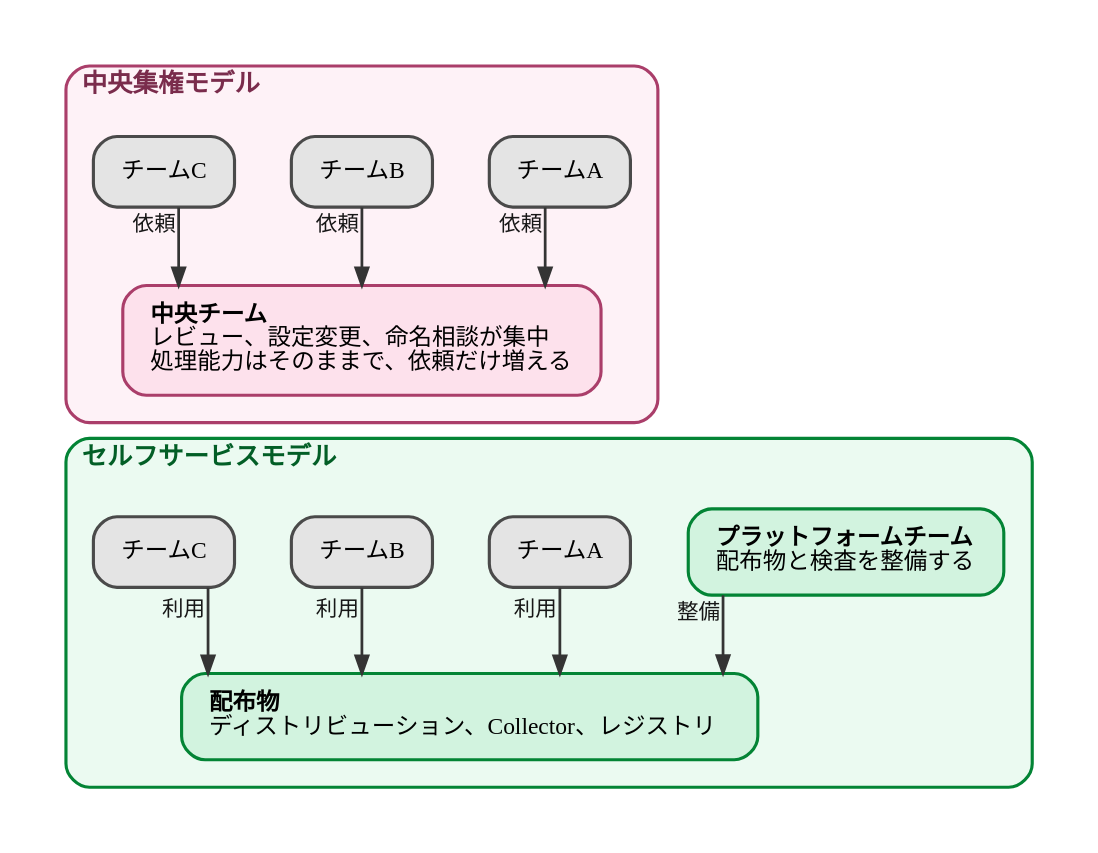
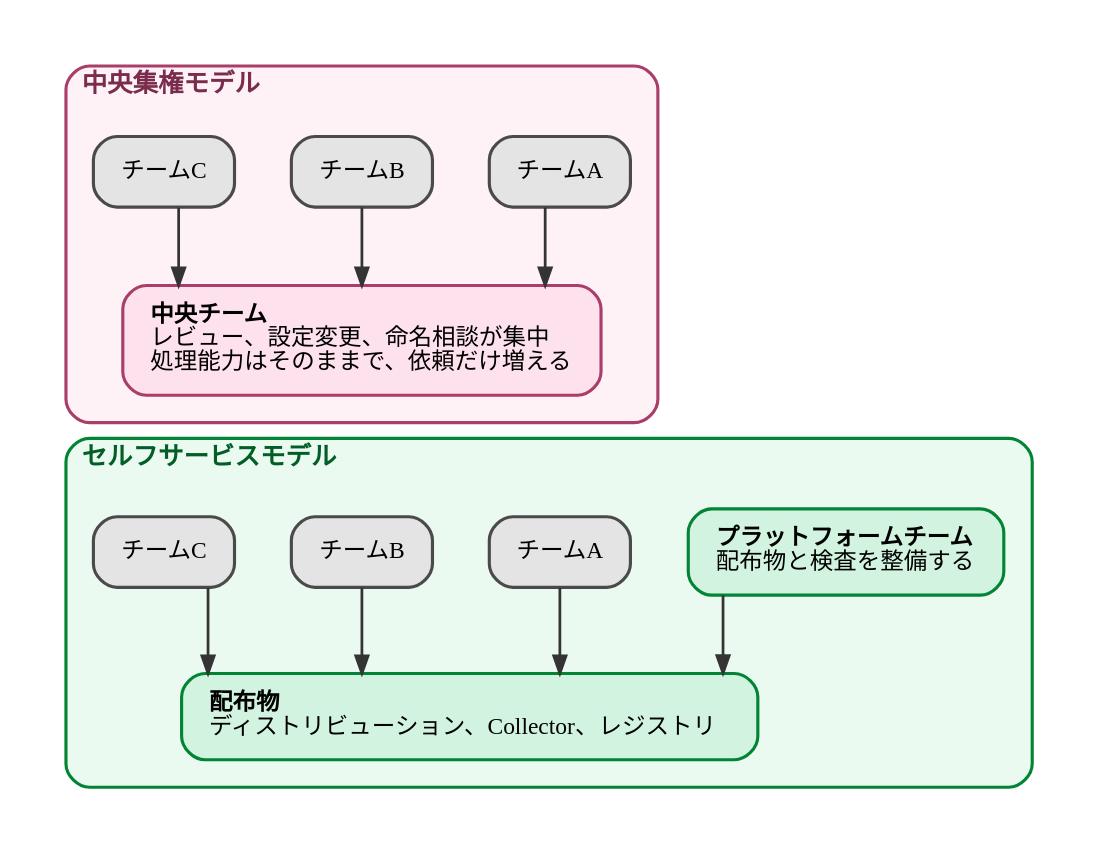
One commit to ymotongpoo/zenn.dev changed the diagram in diagrams/observability-platform-with-otel/20260926-central-vs-selfservice.dot. Above: the diagram before and after it, drawn with Graphviz. The commit also changed 20 other files, not shown here.

```diff
--- a/diagrams/observability-platform-with-otel/20260926-central-vs-selfservice.dot
+++ b/diagrams/observability-platform-with-otel/20260926-central-vs-selfservice.dot
@@ -1,47 +1,50 @@
 // 中央集権モデルとセルフサービスモデルの対比
 digraph central_vs_selfservice {
   graph [
     fontname="IBM Plex Sans JP", fontsize=13,
     rankdir=TB, compound=true, splines=ortho,
     nodesep=0.4, ranksep=0.55, pad=0.25,
     bgcolor="white", newrank=true
   ];
   node [
     fontname="IBM Plex Sans JP", fontsize=12,
     shape=box, style="rounded,filled",
     fillcolor="#E4E4E4", color="#4A4A4A", penwidth=1.6,
     margin="0.2,0.14"
   ];
   edge [
     fontname="IBM Plex Sans JP", fontsize=11,
     color="#343434", penwidth=1.4, arrowsize=0.9,
     fontcolor="#171717"
   ];
 
+  // 辺のラベル（依頼、利用、整備）は置かない。同じ語が3本ずつ並ぶだけで、
+  // 矢じりや隣の箱に被る。矢印の意味はキャプションが述べ、「整備」は
+  // プラットフォームチームのノード内に書いてある。
   subgraph cluster_central {
     label=<<b>中央集権モデル</b>>;
     labeljust="l"; style="rounded"; penwidth=1.6;
     color="#AA3E6A"; bgcolor="#FEF2F7"; fontcolor="#7A2C4C"; margin=14;
     tA [label="チームA"]; tB [label="チームB"]; tC [label="チームC"];
     central [label=<<b>中央チーム</b><br align="left"/>レビュー、設定変更、命名相談が集中<br align="left"/>処理能力はそのままで、依頼だけ増える<br align="left"/>>, fillcolor="#FDE1EC", color="#AA3E6A"];
-    tA -> central [xlabel=" 依頼"];
-    tB -> central [xlabel=" 依頼"];
-    tC -> central [xlabel=" 依頼"];
+    tA -> central;
+    tB -> central;
+    tC -> central;
   }
 
   subgraph cluster_selfservice {
     label=<<b>セルフサービスモデル</b>>;
     labeljust="l"; style="rounded"; penwidth=1.6;
     color="#038435"; bgcolor="#EBFAF1"; fontcolor="#025E26"; margin=14;
     platform [label=<<b>プラットフォームチーム</b><br align="left"/>配布物と検査を整備する<br align="left"/>>, fillcolor="#D2F3DF", color="#038435"];
     artifacts [label=<<b>配布物</b><br align="left"/>ディストリビューション、Collector、レジストリ<br align="left"/>>, fillcolor="#D2F3DF", color="#038435"];
     sA [label="チームA"]; sB [label="チームB"]; sC [label="チームC"];
-    platform -> artifacts [xlabel=" 整備"];
-    sA -> artifacts [xlabel=" 利用"];
-    sB -> artifacts [xlabel=" 利用"];
-    sC -> artifacts [xlabel=" 利用"];
+    platform -> artifacts;
+    sA -> artifacts;
+    sB -> artifacts;
+    sC -> artifacts;
   }
 
   // 2つのモデルを上下に並べるためのレイアウト調整
   central -> sB [style=invis];
 }
```
